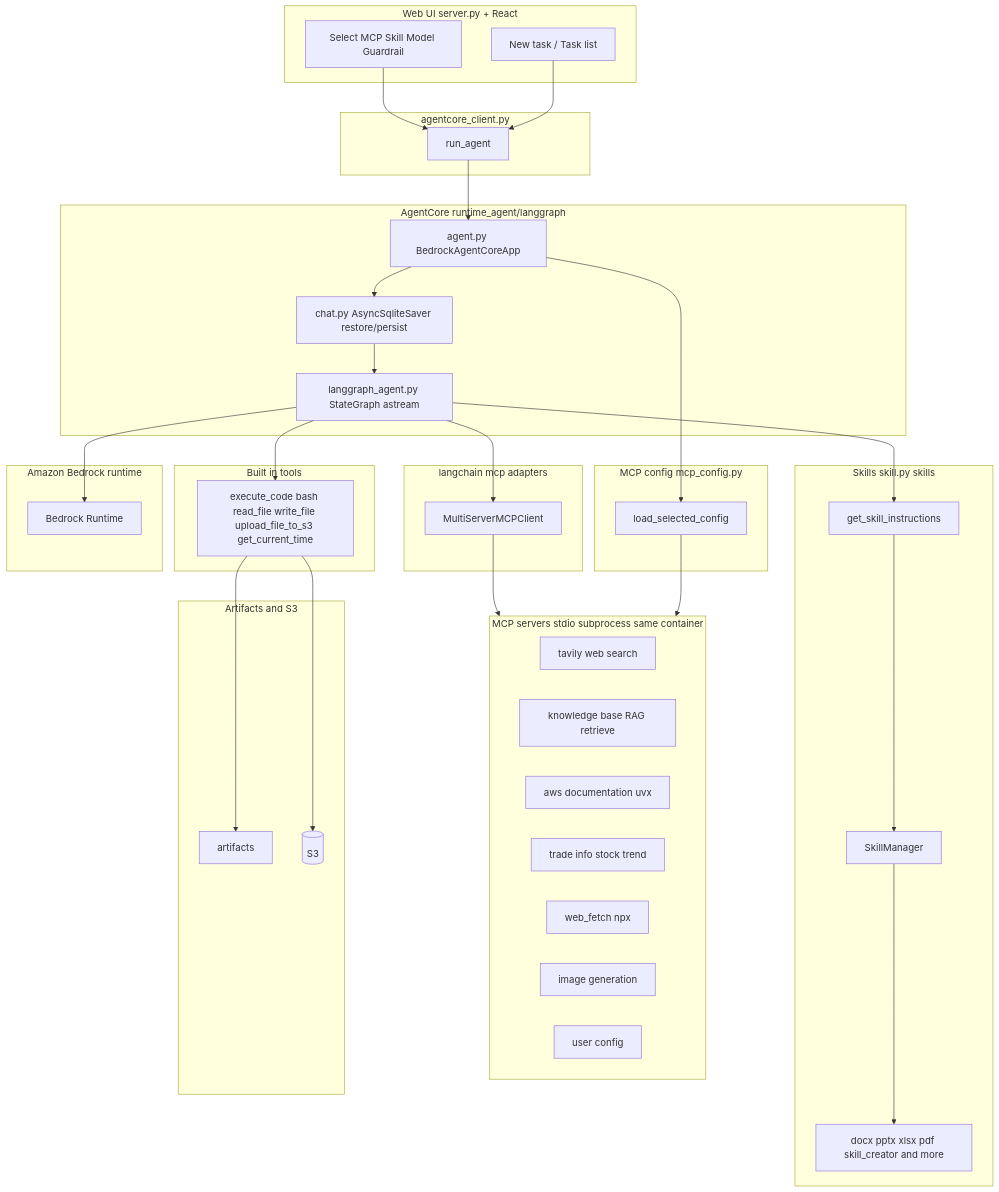
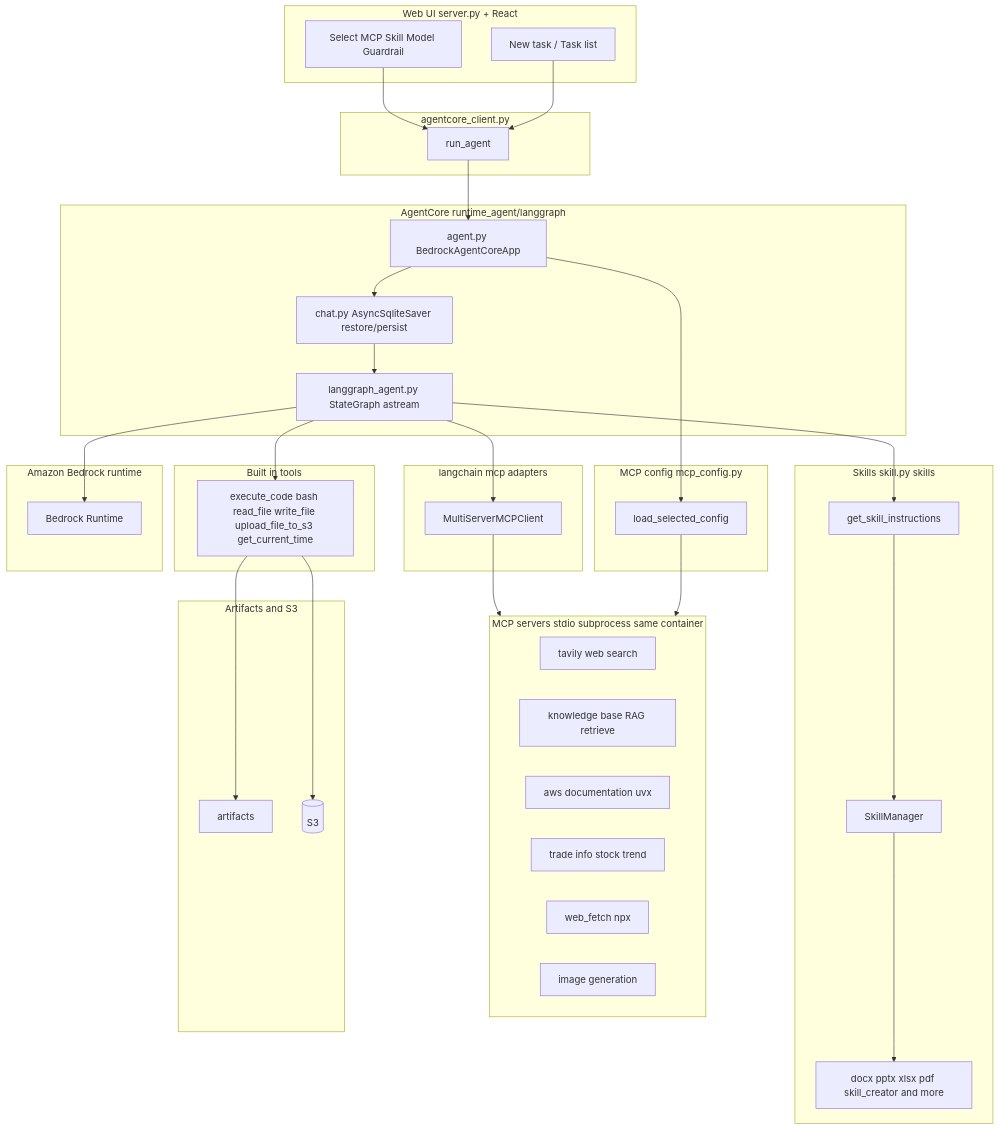
Before and after one commit to kyopark2014/power-runtime: the first of 4 diagrams in README.md, drawn with Mermaid. The commit also changed other lines of this file and 3 other files, not shown here.

````diff
--- a/README.md
+++ b/README.md
@@ -20,75 +20,74 @@
 ```mermaid
 flowchart TB
   subgraph UI["Web UI server.py + React"]
     TASK["New task / Task list"]
     SEL["Select MCP Skill Model Guardrail"]
   end
 
   subgraph Client["agentcore_client.py"]
     RA[run_agent]
   end
 
   subgraph Runtime["AgentCore runtime_agent/langgraph"]
     AG["agent.py BedrockAgentCoreApp"]
     CHAT["chat.py AsyncSqliteSaver restore/persist"]
     LGA["langgraph_agent.py StateGraph astream"]
   end
 
   subgraph BuiltIn["Built in tools"]
     LGB["execute_code bash read_file write_file upload_file_to_s3 get_current_time"]
   end
 
   subgraph Skills["Skills skill.py skills"]
     SKM[SkillManager]
     SKT[get_skill_instructions]
     SKD["docx pptx xlsx pdf skill_creator and more"]
   end
 
   subgraph MCPConfig["MCP config mcp_config.py"]
     LSC[load_selected_config]
   end
 
   subgraph MCPLocal["MCP servers stdio subprocess same container"]
     TV["tavily web search"]
     KB["knowledge base RAG retrieve"]
     AD["aws documentation uvx"]
     TI["trade info stock trend"]
     WF["web_fetch npx"]
     IG[image generation]
-    UC["user config"]
   end
 
   subgraph MCPClient["langchain mcp adapters"]
     LGM[MultiServerMCPClient]
   end
 
   subgraph LLM["Amazon Bedrock runtime"]
     BR[Bedrock Runtime]
   end
 
   subgraph Storage["Artifacts and S3"]
     ART[artifacts]
     S3[(S3)]
   end
 
   TASK --> RA
   SEL --> RA
 
   RA --> AG
   AG --> CHAT
   CHAT --> LGA
   LGA --> BR
   LGA --> LGB
   LGA --> LGM
   LGA --> SKT
 
   SKT --> SKM
   SKM --> SKD
 
   AG --> LSC
   LSC --> MCPLocal
   LGM --> MCPLocal
 
   LGB --> ART
   LGB --> S3
 ```
````
